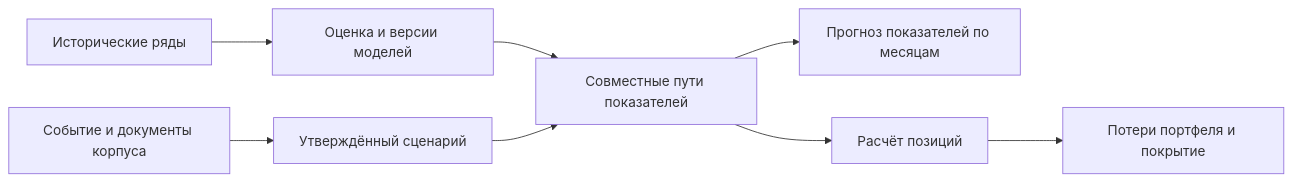
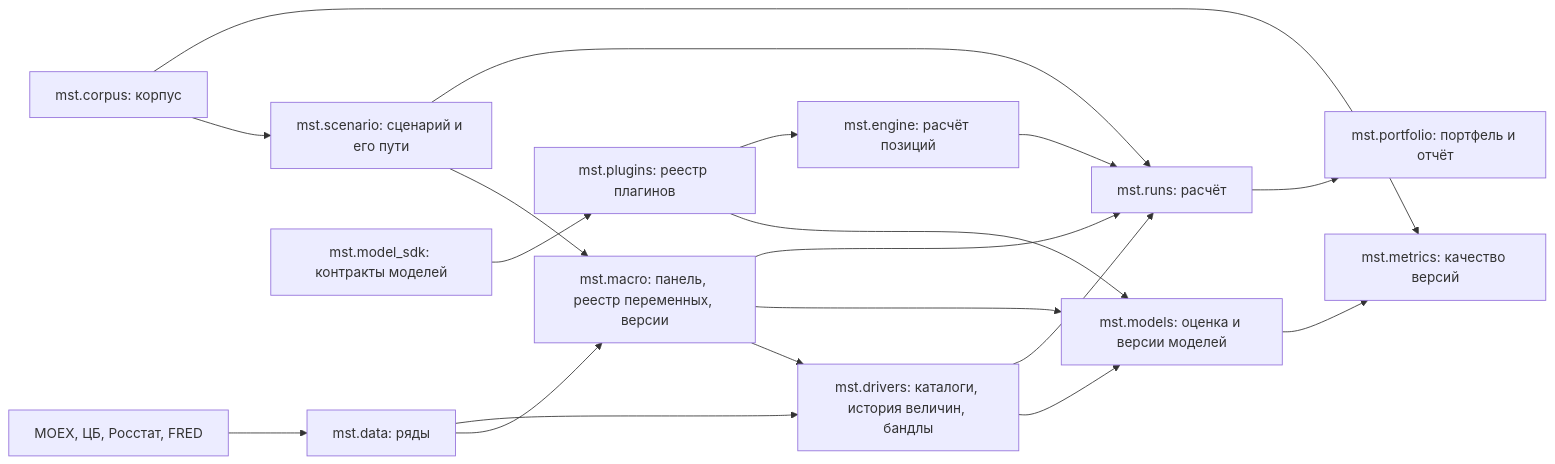
One commit to LeoLourson/MacroStress-DSH changed the diagram in docs/concept/architecture.md. Above: the diagram before and after it, drawn with Mermaid. The commit also changed other lines of this file and 62 other files, not shown here.

````diff
--- a/docs/concept/architecture.md
+++ b/docs/concept/architecture.md
@@ -15,10 +13,21 @@
 ```mermaid
 flowchart LR
-    data["Исторические ряды"] --> versions["Оценка и версии моделей"]
-    corpus["Событие и документы корпуса"] --> scenario["Утверждённый сценарий"]
-    versions --> paths["Совместные пути показателей"]
-    scenario --> paths
-    paths --> forecast["Прогноз показателей по месяцам"]
-    paths --> positions["Расчёт позиций"]
-    positions --> report["Потери портфеля и покрытие"]
+    src["MOEX, ЦБ, Росстат, FRED"] --> data["mst.data: ряды"]
+    data --> macro["mst.macro: панель, реестр переменных, версии"]
+    data --> drivers["mst.drivers: каталоги, история величин, бандлы"]
+    macro --> drivers
+    corpus["mst.corpus: корпус"] --> scenario["mst.scenario: сценарий и его пути"]
+    scenario --> macro
+    model_sdk["mst.model_sdk: контракты моделей"] --> plugins["mst.plugins: реестр плагинов"]
+    plugins --> models["mst.models: оценка и версии моделей"]
+    macro --> models
+    drivers --> models
+    models --> metrics["mst.metrics: качество версий"]
+    corpus --> metrics
+    plugins --> engine["mst.engine: расчёт позиций"]
+    scenario --> run["mst.runs: расчёт"]
+    drivers --> run
+    macro --> run
+    engine --> run
+    run --> portfolio["mst.portfolio: портфель и отчёт"]
 ```
````
